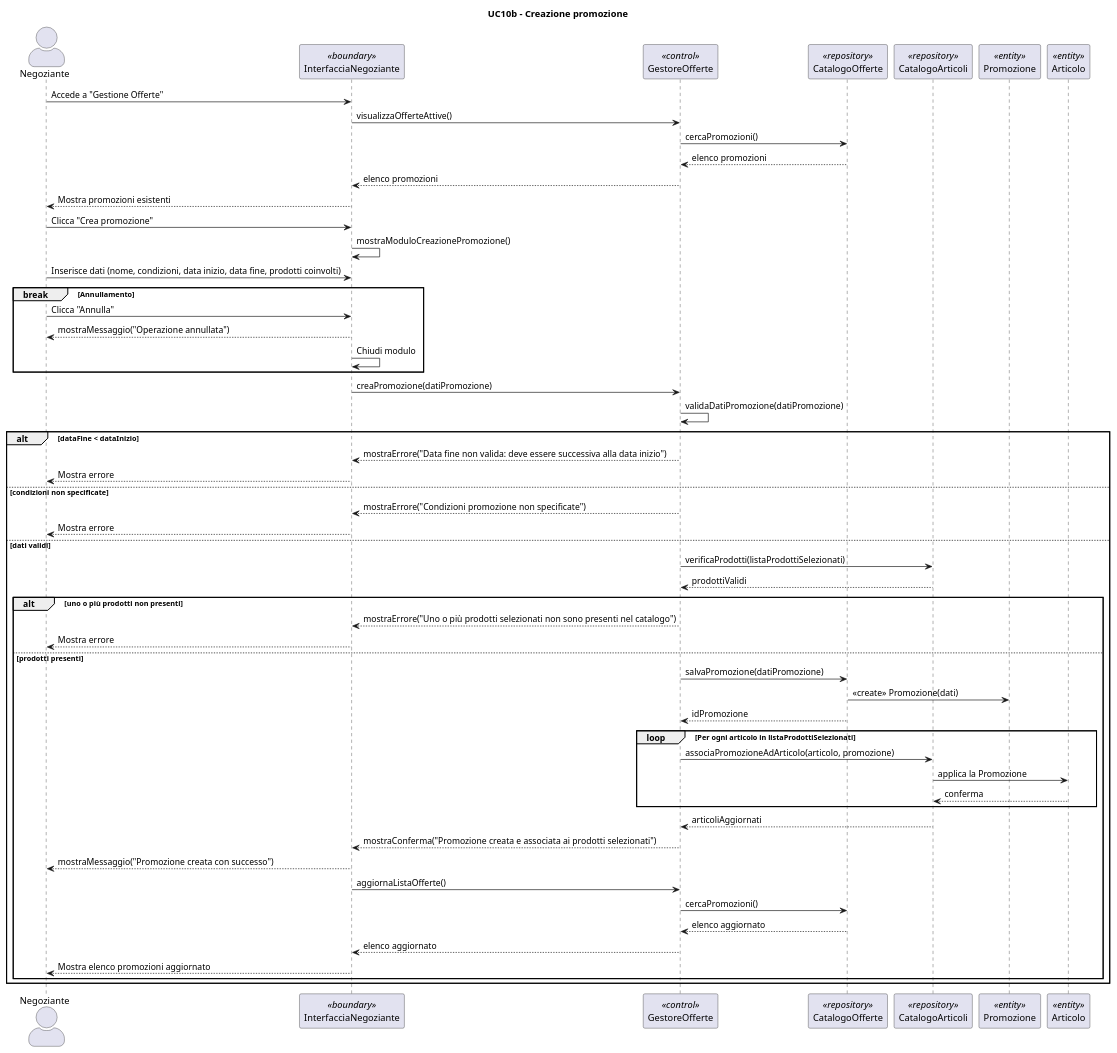
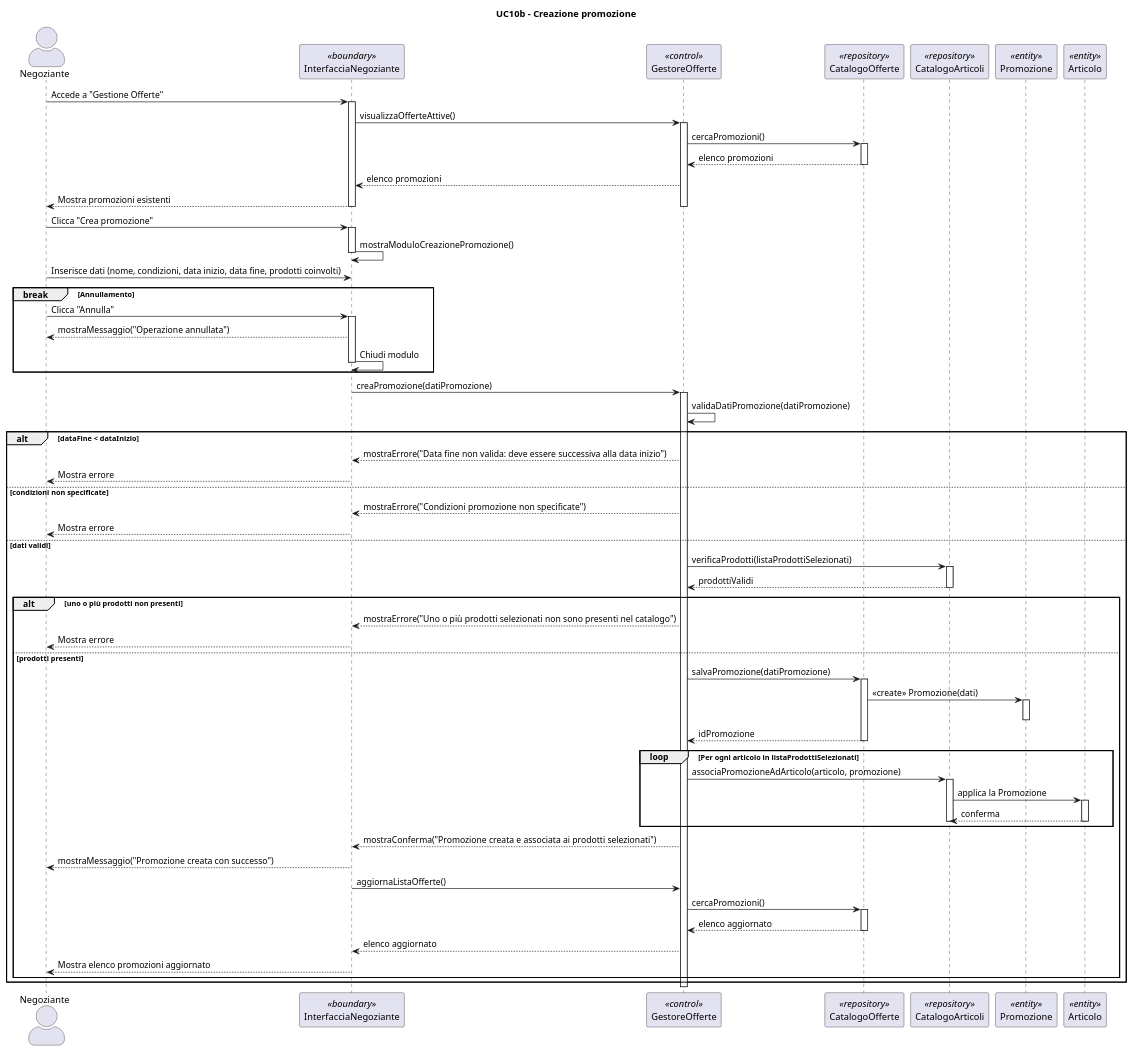
One commit to Samepsilon/FloWare changed the diagram in diagrammiUML/diagrammi di sequenza/UC10b_Creare_Promozione.puml. Above: the diagram before and after it, drawn with PlantUML. The commit also changed 22 other files, not shown here.

Commit message:
put activate e deactivate on diagramm sequences

```diff
--- a/diagrammiUML/diagrammi di sequenza/UC10b_Creare_Promozione.puml
+++ b/diagrammiUML/diagrammi di sequenza/UC10b_Creare_Promozione.puml
@@ -1,71 +1,97 @@
 @startuml
 skinparam actorStyle awesome
 title UC10b - Creazione promozione
 
 actor Negoziante as N
 participant "InterfacciaNegoziante" as IN <<boundary>>
 participant "GestoreOfferte" as G <<control>>
 participant "CatalogoOfferte" as CO <<repository>>
 participant "CatalogoArticoli" as CA <<repository>>
 participant "Promozione" as P <<entity>>
 participant "Articolo" as A <<entity>>
 
 N -> IN: Accede a "Gestione Offerte"
+activate IN
 IN -> G: visualizzaOfferteAttive()
+activate G
 G -> CO: cercaPromozioni()
+activate CO
 CO --> G: elenco promozioni
+deactivate CO
 G --> IN: elenco promozioni
 IN --> N: Mostra promozioni esistenti
+deactivate G
+deactivate IN
 
 N -> IN: Clicca "Crea promozione"
+activate IN
 IN -> IN: mostraModuloCreazionePromozione()
+deactivate IN
 N -> IN: Inserisce dati (nome, condizioni, data inizio, data fine, prodotti coinvolti)
 
 break Annullamento
     N -> IN: Clicca "Annulla"
+    activate IN
     IN --> N: mostraMessaggio("Operazione annullata")
     IN -> IN: Chiudi modulo
+    deactivate IN
 end
 
+activate IN
 IN -> G: creaPromozione(datiPromozione)
+activate G
 G -> G: validaDatiPromozione(datiPromozione)
 
 alt dataFine < dataInizio
     G --> IN: mostraErrore("Data fine non valida: deve essere successiva alla data inizio")
     IN --> N: Mostra errore
     
 else condizioni non specificate
     G --> IN: mostraErrore("Condizioni promozione non specificate")
     IN --> N: Mostra errore
     
 else dati validi
     G -> CA: verificaProdotti(listaProdottiSelezionati)
+    activate CA
     CA --> G: prodottiValidi
+    deactivate CA
     
     alt uno o più prodotti non presenti
         G --> IN: mostraErrore("Uno o più prodotti selezionati non sono presenti nel catalogo")
         IN --> N: Mostra errore
         
     else prodotti presenti
         G -> CO: salvaPromozione(datiPromozione)
+        activate CO
         CO -> P: <<create>> Promozione(dati)
+        activate P
+        deactivate P
         CO --> G: idPromozione
+        deactivate CO
         
         loop Per ogni articolo in listaProdottiSelezionati
             G -> CA: associaPromozioneAdArticolo(articolo, promozione)
+            activate CA
             CA -> A: applica la Promozione 
+            activate A
             A --> CA: conferma
+            deactivate A
+            deactivate CA
         end
-        CA --> G: articoliAggiornati
         
         G --> IN: mostraConferma("Promozione creata e associata ai prodotti selezionati")
         IN --> N: mostraMessaggio("Promozione creata con successo")
         
         IN -> G: aggiornaListaOfferte()
         G -> CO: cercaPromozioni()
+        activate CO
         CO --> G: elenco aggiornato
+        deactivate CO
         G --> IN: elenco aggiornato
         IN --> N: Mostra elenco promozioni aggiornato
     end
 end
+
+deactivate G
+deactivate IN
 @enduml
```
